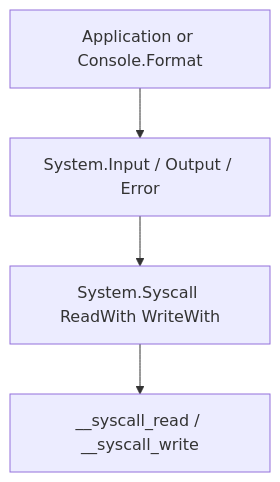
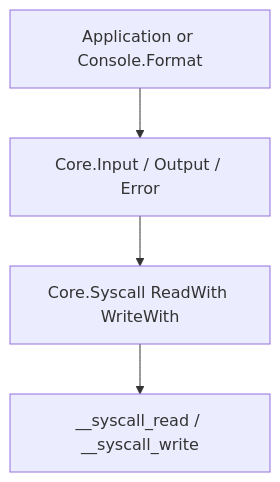
Before and after one commit to Cyber-Nomad-Collective/beskid: the diagram in site/website/src/content/docs/platform-spec/core-library/terminal-and-console/console-io-streams/design-model.mdx, drawn with Mermaid. The commit also changed other lines of this file and 223 other files, not shown here.

````diff
--- a/site/website/src/content/docs/platform-spec/core-library/terminal-and-console/console-io-streams/design-model.mdx
+++ b/site/website/src/content/docs/platform-spec/core-library/terminal-and-console/console-io-streams/design-model.mdx
@@ -44,8 +44,8 @@
 ```mermaid
 flowchart TB
   app[Application or Console.Format]
-  streams[System.Input / Output / Error]
-  syscall[System.Syscall ReadWith WriteWith]
+  streams[Core.Input / Output / Error]
+  syscall[Core.Syscall ReadWith WriteWith]
   builtin[__syscall_read / __syscall_write]
   app --> streams --> syscall --> builtin
 ```
````
